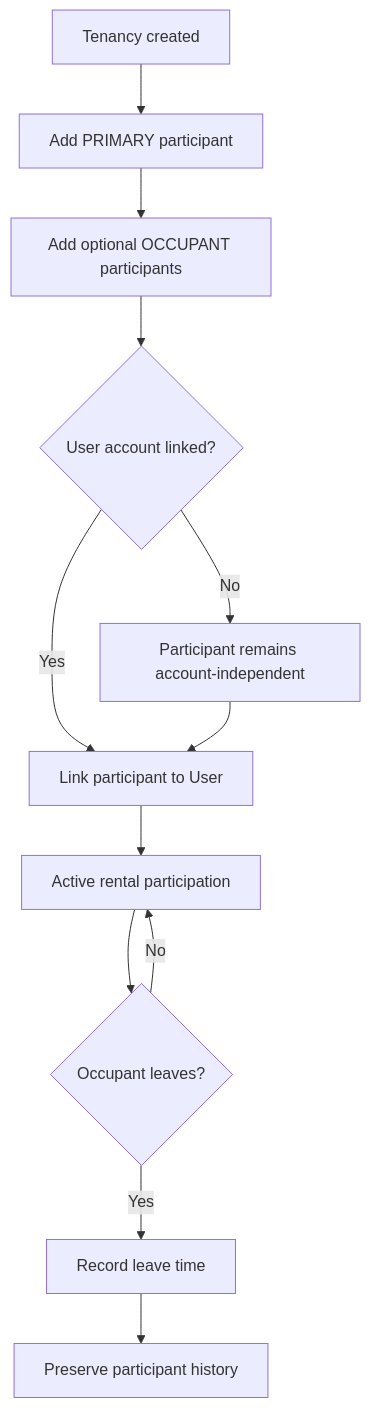
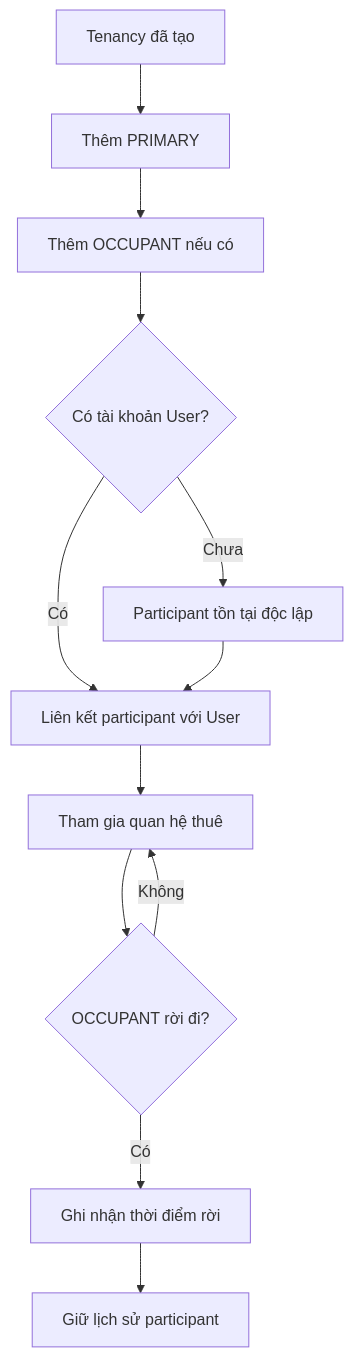
One commit to Danh20100/moibile_app changed the first of 2 diagrams in docs/backlogs/v1/tenancy-participant.md. Above: the diagram before and after it, drawn with Mermaid. The commit also changed other lines of this file and 9 other files, not shown here.

````diff
--- a/docs/backlogs/v1/tenancy-participant.md
+++ b/docs/backlogs/v1/tenancy-participant.md
@@ -18,14 +29,14 @@
 ```mermaid
 flowchart TD
-    A[Tenancy created] --> B[Add PRIMARY participant]
-    B --> C[Add optional OCCUPANT participants]
-    C --> D{User account linked?}
-    D -->|No| E[Participant remains account-independent]
-    D -->|Yes| F[Link participant to User]
+    A["Tenancy đã tạo"] --> B["Thêm PRIMARY"]
+    B --> C["Thêm OCCUPANT nếu có"]
+    C --> D{"Có tài khoản User?"}
+    D -->|"Chưa"| E["Participant tồn tại độc lập"]
+    D -->|"Có"| F["Liên kết participant với User"]
     E --> F
-    F --> G[Active rental participation]
-    G --> H{Occupant leaves?}
-    H -->|Yes| I[Record leave time]
-    H -->|No| G
-    I --> J[Preserve participant history]
+    F --> G["Tham gia quan hệ thuê"]
+    G --> H{"OCCUPANT rời đi?"}
+    H -->|"Có"| I["Ghi nhận thời điểm rời"]
+    H -->|"Không"| G
+    I --> J["Giữ lịch sử participant"]
 ```
````
